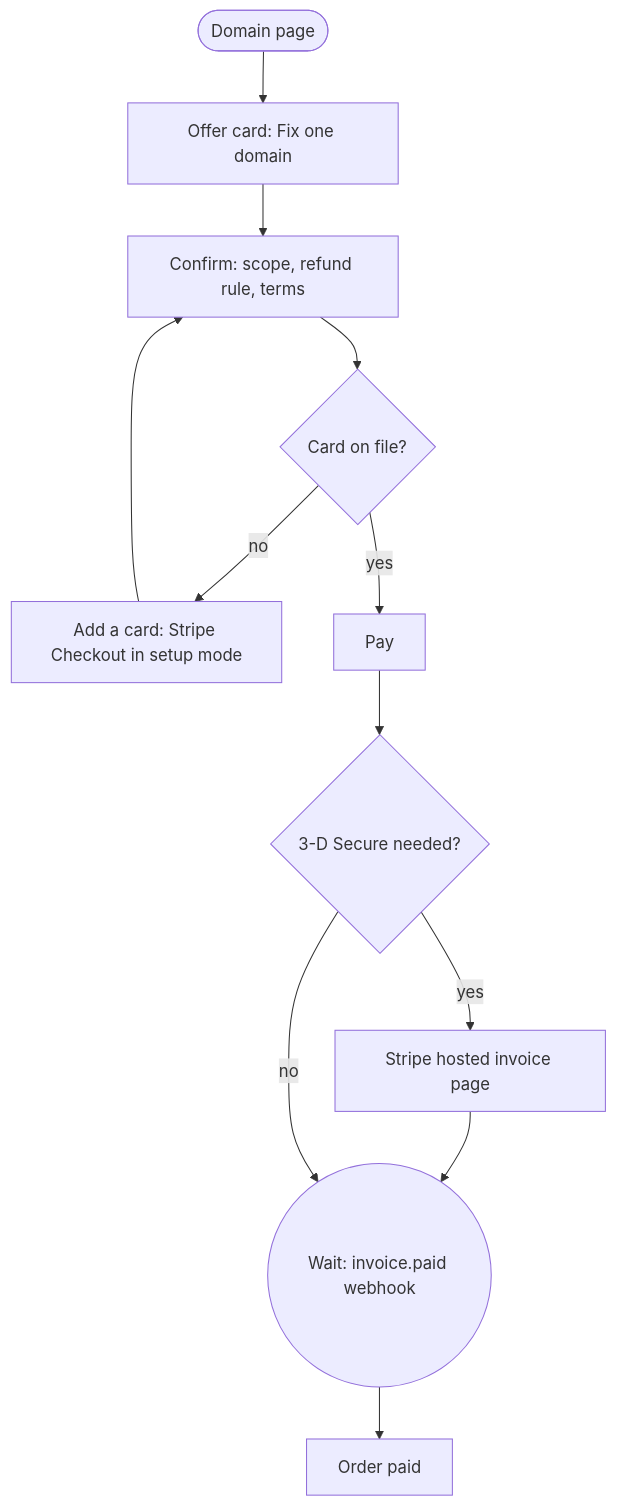
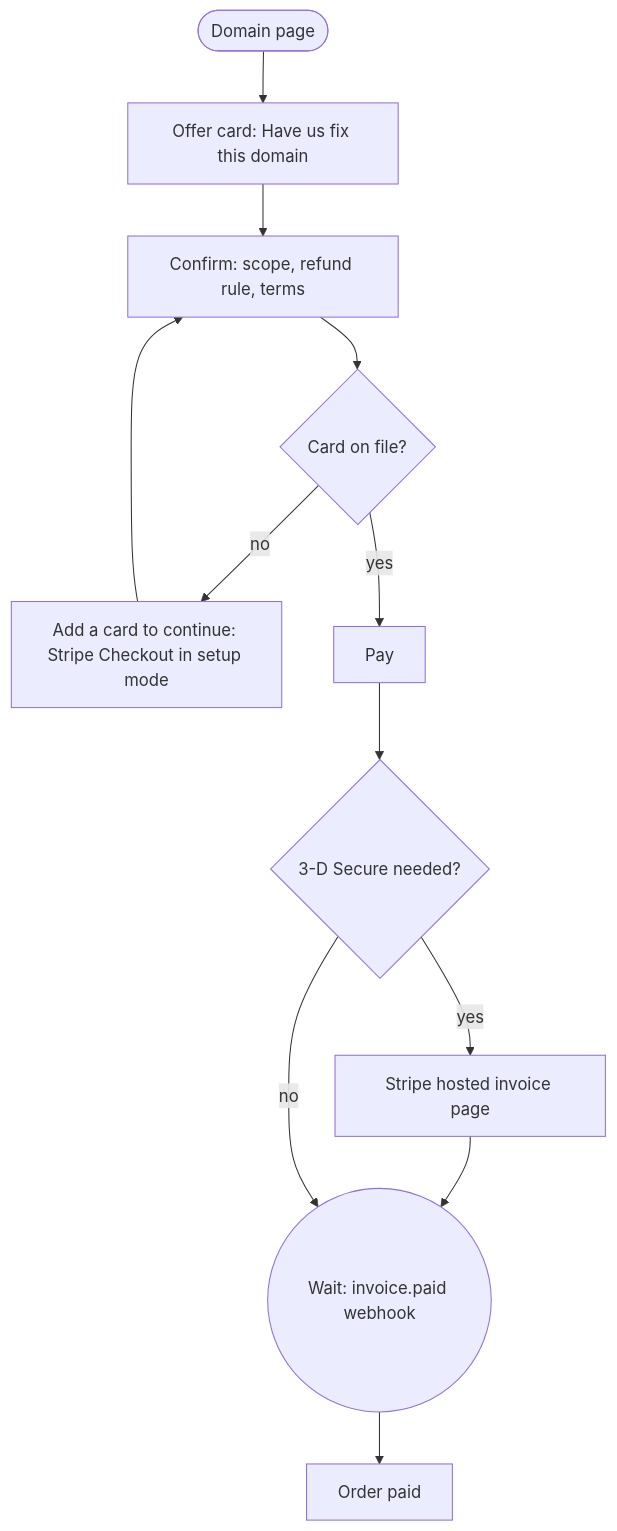
Before and after one commit to fellowship-dev/ready-set-mail: the diagram in .flowchad/flows/buy-fix-one-domain.map.md, drawn with Mermaid. The commit also changed other lines of this file and 32 other files, not shown here.

````diff
--- a/.flowchad/flows/buy-fix-one-domain.map.md
+++ b/.flowchad/flows/buy-fix-one-domain.map.md
@@ -7,14 +7,14 @@
 ```mermaid
 flowchart TD
-  entry([Domain page]) --> offer[Offer card: Fix one domain]
+  entry([Domain page]) --> offer[Offer card: Have us fix this domain]
   offer --> confirm[Confirm: scope, refund rule, terms]
   confirm --> card{Card on file?}
-  card -->|no| checkout[Add a card: Stripe Checkout in setup mode]
+  card -->|no| checkout[Add a card to continue: Stripe Checkout in setup mode]
   checkout --> confirm
   card -->|yes| pay[Pay]
   pay --> sca{3-D Secure needed?}
   sca -->|yes| invoice[Stripe hosted invoice page]
   invoice --> hook((Wait: invoice.paid webhook))
   sca -->|no| hook
   hook --> paid[Order paid]:::value
 ```
````
